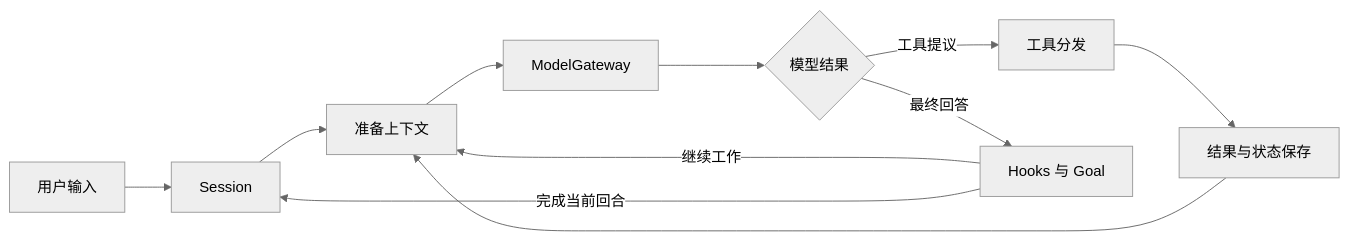
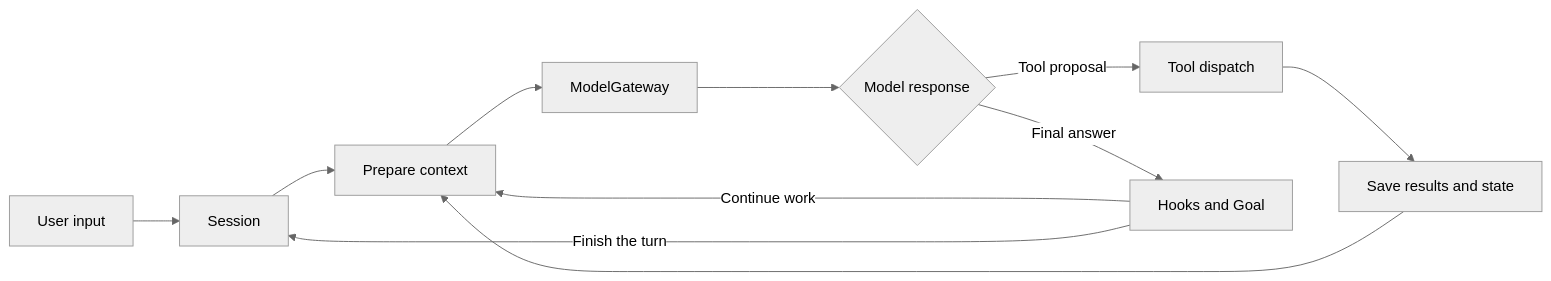
Before and after one commit to nooneuse/homebrew-harness: the diagram in docs/DESIGN.md, drawn with Mermaid (neutral theme). The commit also changed other lines of this file and 8 other files, not shown here.

````diff
--- a/docs/DESIGN.md
+++ b/docs/DESIGN.md
@@ -9,13 +11,13 @@
 ```mermaid
 flowchart LR
-    U[用户输入] --> S[Session]
-    S --> C[准备上下文]
+    U[User input] --> S[Session]
+    S --> C[Prepare context]
     C --> M[ModelGateway]
-    M --> D{模型结果}
-    D -->|工具提议| T[工具分发]
-    T --> R[结果与状态保存]
+    M --> D{Model response}
+    D -->|Tool proposal| T[Tool dispatch]
+    T --> R[Save results and state]
     R --> C
-    D -->|最终回答| G[Hooks 与 Goal]
-    G -->|继续工作| C
-    G -->|完成当前回合| S
+    D -->|Final answer| G[Hooks and Goal]
+    G -->|Continue work| C
+    G -->|Finish the turn| S
 ```
````
